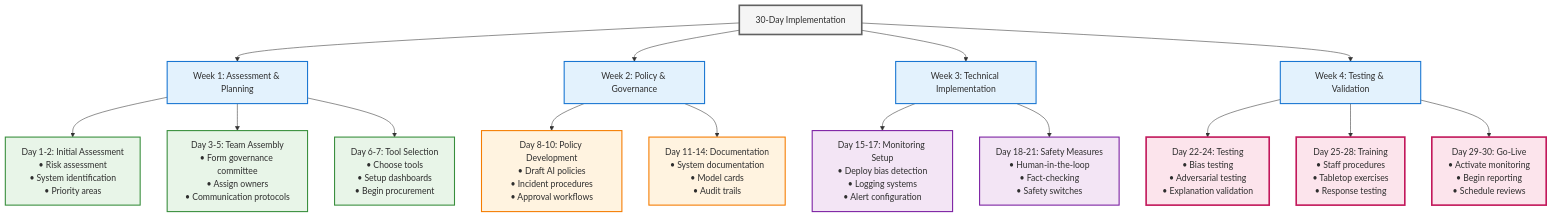
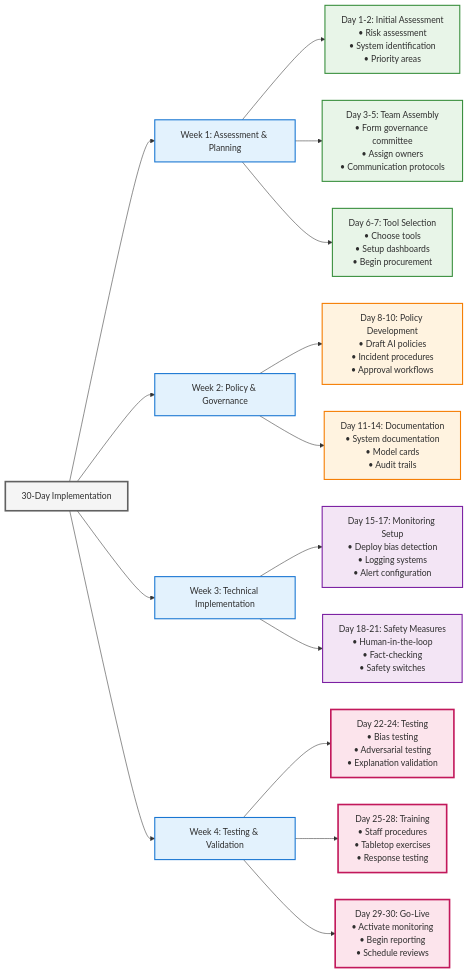
Before and after one commit to raphaelmansuy/tutorials: diagram 14 of 14 in 38-ai-risk-management.md, drawn with Mermaid.

Commit message:
Finalize 30-Day AI Risk Management Quick Start section and diagrams

````diff
--- a/38-ai-risk-management.md
+++ b/38-ai-risk-management.md
@@ -1028,38 +1028,38 @@
 ```mermaid
-graph TD
+graph LR
     A[30-Day Implementation] --> B[Week 1: Assessment & Planning]
     A --> C[Week 2: Policy & Governance]
     A --> D[Week 3: Technical Implementation]
     A --> E[Week 4: Testing & Validation]
     
     B --> B1[Day 1-2: Initial Assessment<br/>• Risk assessment<br/>• System identification<br/>• Priority areas]
     B --> B2[Day 3-5: Team Assembly<br/>• Form governance committee<br/>• Assign owners<br/>• Communication protocols]
     B --> B3[Day 6-7: Tool Selection<br/>• Choose tools<br/>• Setup dashboards<br/>• Begin procurement]
     
     C --> C1[Day 8-10: Policy Development<br/>• Draft AI policies<br/>• Incident procedures<br/>• Approval workflows]
     C --> C2[Day 11-14: Documentation<br/>• System documentation<br/>• Model cards<br/>• Audit trails]
     
     D --> D1[Day 15-17: Monitoring Setup<br/>• Deploy bias detection<br/>• Logging systems<br/>• Alert configuration]
     D --> D2[Day 18-21: Safety Measures<br/>• Human-in-the-loop<br/>• Fact-checking<br/>• Safety switches]
     
     E --> E1[Day 22-24: Testing<br/>• Bias testing<br/>• Adversarial testing<br/>• Explanation validation]
     E --> E2[Day 25-28: Training<br/>• Staff procedures<br/>• Tabletop exercises<br/>• Response testing]
     E --> E3[Day 29-30: Go-Live<br/>• Activate monitoring<br/>• Begin reporting<br/>• Schedule reviews]
     
     classDef week fill:#E3F2FD,stroke:#1976D2,stroke-width:2px,color:#2E2E2E
     classDef assessment fill:#E8F5E8,stroke:#388E3C,stroke-width:2px,color:#2E2E2E
     classDef policy fill:#FFF3E0,stroke:#F57C00,stroke-width:2px,color:#2E2E2E
     classDef technical fill:#F3E5F5,stroke:#7B1FA2,stroke-width:2px,color:#2E2E2E
     classDef validation fill:#FCE4EC,stroke:#C2185B,stroke-width:3px,color:#2E2E2E
     classDef main fill:#F5F5F5,stroke:#616161,stroke-width:3px,color:#2E2E2E
     
     class A main
     class B week
     class C week
     class D week
     class E week
     class B1,B2,B3 assessment
     class C1,C2 policy
     class D1,D2 technical
     class E1,E2,E3 validation
 ```
````
